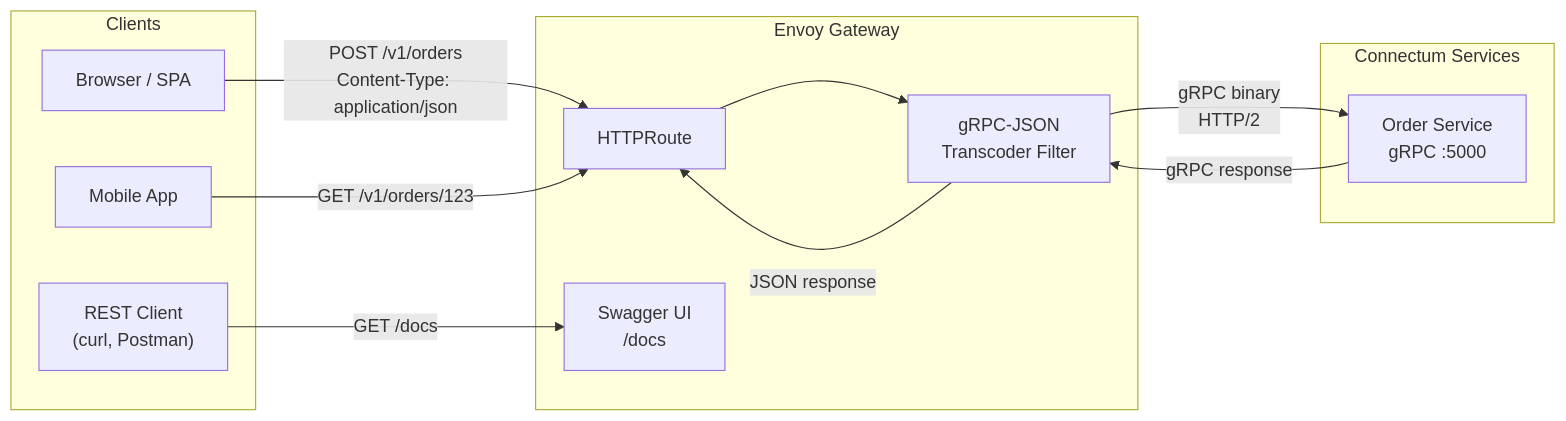
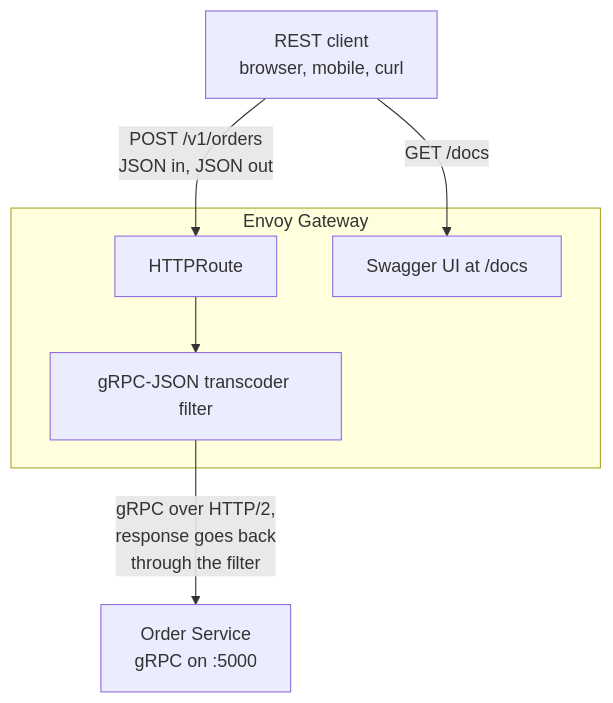
One commit to Connectum-Framework/docs changed the diagram in en/guide/production/envoy-gateway.md. Above: the diagram before and after it, drawn with Mermaid. The commit also changed 6 other files, not shown here.

First line of the commit message:
docs(diagrams): make wide diagrams readable in the documentation column

````diff
--- a/en/guide/production/envoy-gateway.md
+++ b/en/guide/production/envoy-gateway.md
@@ -20,26 +20,19 @@
 ```mermaid
-graph LR
-    subgraph Clients
-        WEB["Browser / SPA"]
-        MOB["Mobile App"]
-        CLI["REST Client<br/>(curl, Postman)"]
+flowchart TD
+    Client["REST client<br/>browser, mobile, curl"]
+
+    subgraph Gateway["Envoy Gateway"]
+        Route["HTTPRoute"]
+        Transcode["gRPC-JSON transcoder filter"]
+        Swagger["Swagger UI at /docs"]
     end
 
-    subgraph Gateway["Envoy Gateway"]
-        ROUTE["HTTPRoute"]
-        TRANSCODE["gRPC-JSON<br/>Transcoder Filter"]
-        SWAGGER["Swagger UI<br/>/docs"]
-    end
+    Svc["Order Service<br/>gRPC on :5000"]
 
-    subgraph Services["Connectum Services"]
-        SVC["Order Service<br/>gRPC :5000"]
-    end
+    Client -->|"POST /v1/orders<br/>JSON in, JSON out"| Route
+    Client -->|"GET /docs"| Swagger
+    Route --> Transcode
+    Transcode -->|"gRPC over HTTP/2,<br/>response goes back<br/>through the filter"| Svc
 
-    WEB -->|"POST /v1/orders<br/>Content-Type: application/json"| ROUTE
-    MOB -->|"GET /v1/orders/123"| ROUTE
-    CLI -->|"GET /docs"| SWAGGER
-    ROUTE --> TRANSCODE
-    TRANSCODE -->|"gRPC binary<br/>HTTP/2"| SVC
-    SVC -->|"gRPC response"| TRANSCODE
-    TRANSCODE -->|"JSON response"| ROUTE
+    class Transcode accent
 ```
````
